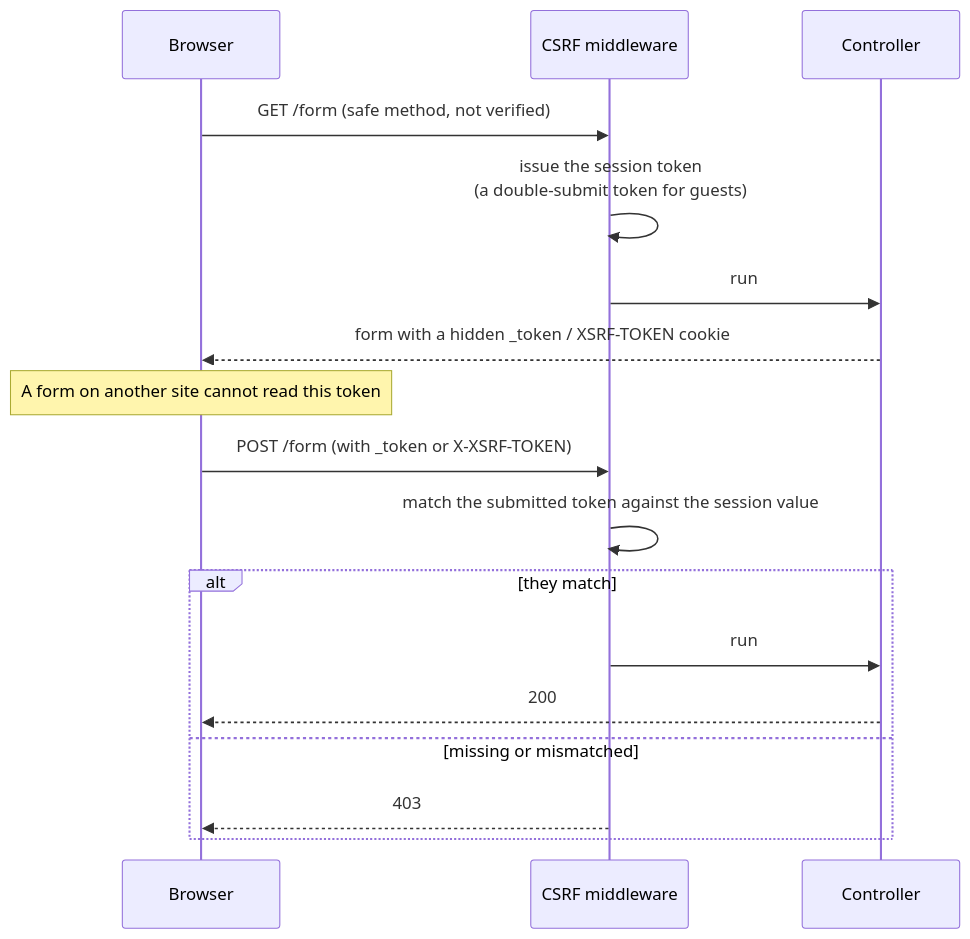
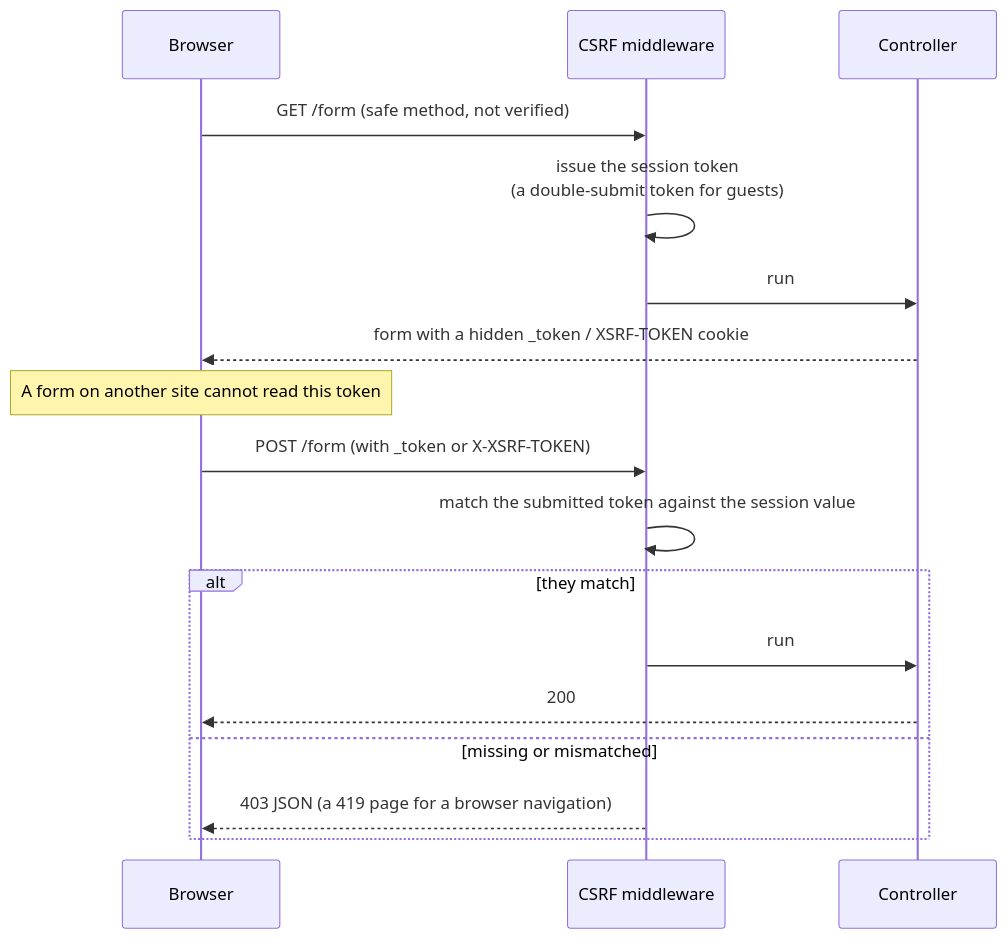
Before and after one commit to gurenjs/guren: the diagram in docs/en/guides/csrf.md, drawn with Mermaid. The commit also changed other lines of this file and 12 other files, not shown here.

First line of the commit message:
fix(server): show a Page Expired page for a browser CSRF failure

````diff
--- a/docs/en/guides/csrf.md
+++ b/docs/en/guides/csrf.md
@@ -7,20 +7,20 @@
 ```mermaid
 sequenceDiagram
   participant B as Browser
   participant M as CSRF middleware
   participant C as Controller
 
   B->>M: GET /form (safe method, not verified)
   M->>M: issue the session token<br/>(a double-submit token for guests)
   M->>C: run
   C-->>B: form with a hidden _token / XSRF-TOKEN cookie
   Note over B: A form on another site cannot read this token
   B->>M: POST /form (with _token or X-XSRF-TOKEN)
   M->>M: match the submitted token against the session value
   alt they match
     M->>C: run
     C-->>B: 200
   else missing or mismatched
-    M-->>B: 403
+    M-->>B: 403 JSON (a 419 page for a browser navigation)
   end
 ```
````
